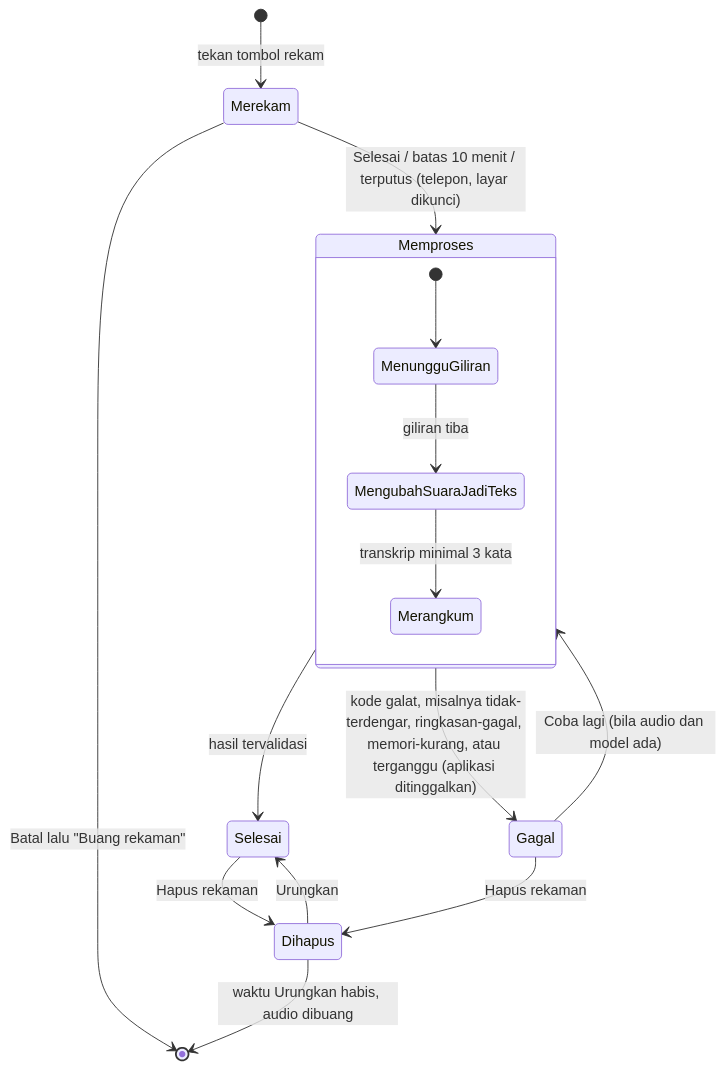
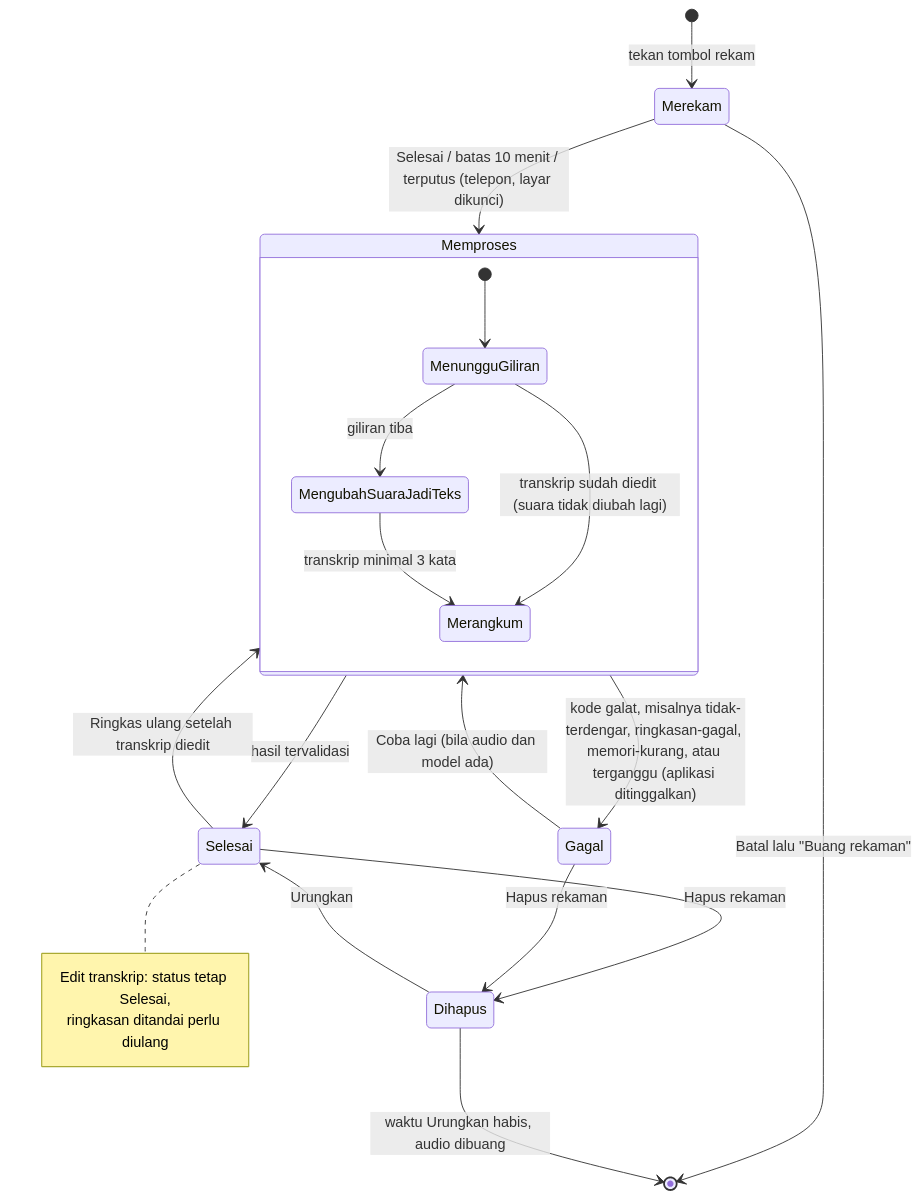
Before and after one commit to ZackyMaulana912/VoiceToDo: the diagram in docs/diagram/4-state.mmd, drawn with Mermaid. The commit also changed 1 other file, not shown here.

Commit message:
Tambah alur Ringkas ulang di State Machine Diagram

```diff
--- a/docs/diagram/4-state.mmd
+++ b/docs/diagram/4-state.mmd
@@ -1,17 +1,23 @@
-%% Gambar 4. State Machine Diagram status rekaman (digambar dari kode ios/ per 2026-11-12)
+%% Gambar 4. State Machine Diagram status rekaman (digambar dari kode ios/ per 2026-11-12, diperbarui 2026-11-16)
 stateDiagram-v2
     [*] --> Merekam : tekan tombol rekam
     Merekam --> [*] : Batal lalu "Buang rekaman"
     Merekam --> Memproses : Selesai / batas 10 menit / terputus (telepon, layar dikunci)
     state Memproses {
         [*] --> MenungguGiliran
         MenungguGiliran --> MengubahSuaraJadiTeks : giliran tiba
         MengubahSuaraJadiTeks --> Merangkum : transkrip minimal 3 kata
+        MenungguGiliran --> Merangkum : transkrip sudah diedit (suara tidak diubah lagi)
     }
     Memproses --> Selesai : hasil tervalidasi
     Memproses --> Gagal : kode galat, misalnya tidak-terdengar, ringkasan-gagal, memori-kurang, atau terganggu (aplikasi ditinggalkan)
     Gagal --> Memproses : Coba lagi (bila audio dan model ada)
+    Selesai --> Memproses : Ringkas ulang setelah transkrip diedit
     Selesai --> Dihapus : Hapus rekaman
     Gagal --> Dihapus : Hapus rekaman
     Dihapus --> Selesai : Urungkan
     Dihapus --> [*] : waktu Urungkan habis, audio dibuang
+    note right of Selesai
+        Edit transkrip: status tetap Selesai,
+        ringkasan ditandai perlu diulang
+    end note
```
